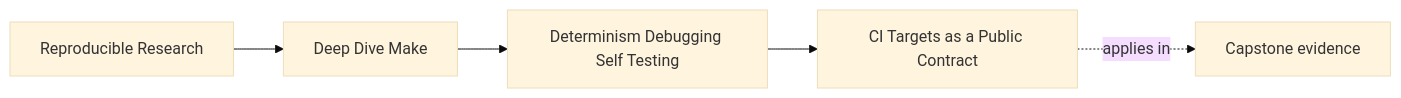
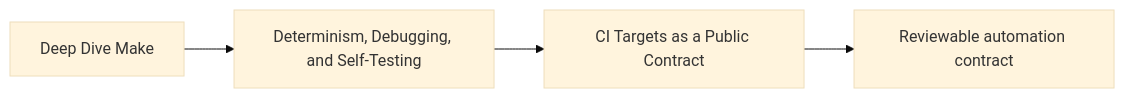
The first of 3 diagrams in programs/reproducible-research/deep-dive-make/course-book/module-03-determinism-debugging-self-testing/ci-targets-as-a-public-contract.md (bijux/bijux-masterclass), drawn with Mermaid (base theme) before and after one commit. The commit also changed other lines of this file, not shown here.

Commit message:
docs(make): define CI target contract semantics

````diff
--- a/programs/reproducible-research/deep-dive-make/course-book/module-03-determinism-debugging-self-testing/ci-targets-as-a-public-contract.md
+++ b/programs/reproducible-research/deep-dive-make/course-book/module-03-determinism-debugging-self-testing/ci-targets-as-a-public-contract.md
@@ -7,11 +9,6 @@
 ```mermaid
 graph LR
-  family["Reproducible Research"]
-  program["Deep Dive Make"]
-  section["Determinism Debugging Self Testing"]
-  page["CI Targets as a Public Contract"]
-  capstone["Capstone evidence"]
-
-  family --> program --> section --> page
-  page -.applies in.-> capstone
+  course["Deep Dive Make"] --> module["Determinism, Debugging, and Self-Testing"]
+  module --> page["CI Targets as a Public Contract"]
+  page --> contract["Reviewable automation contract"]
 ```
````
